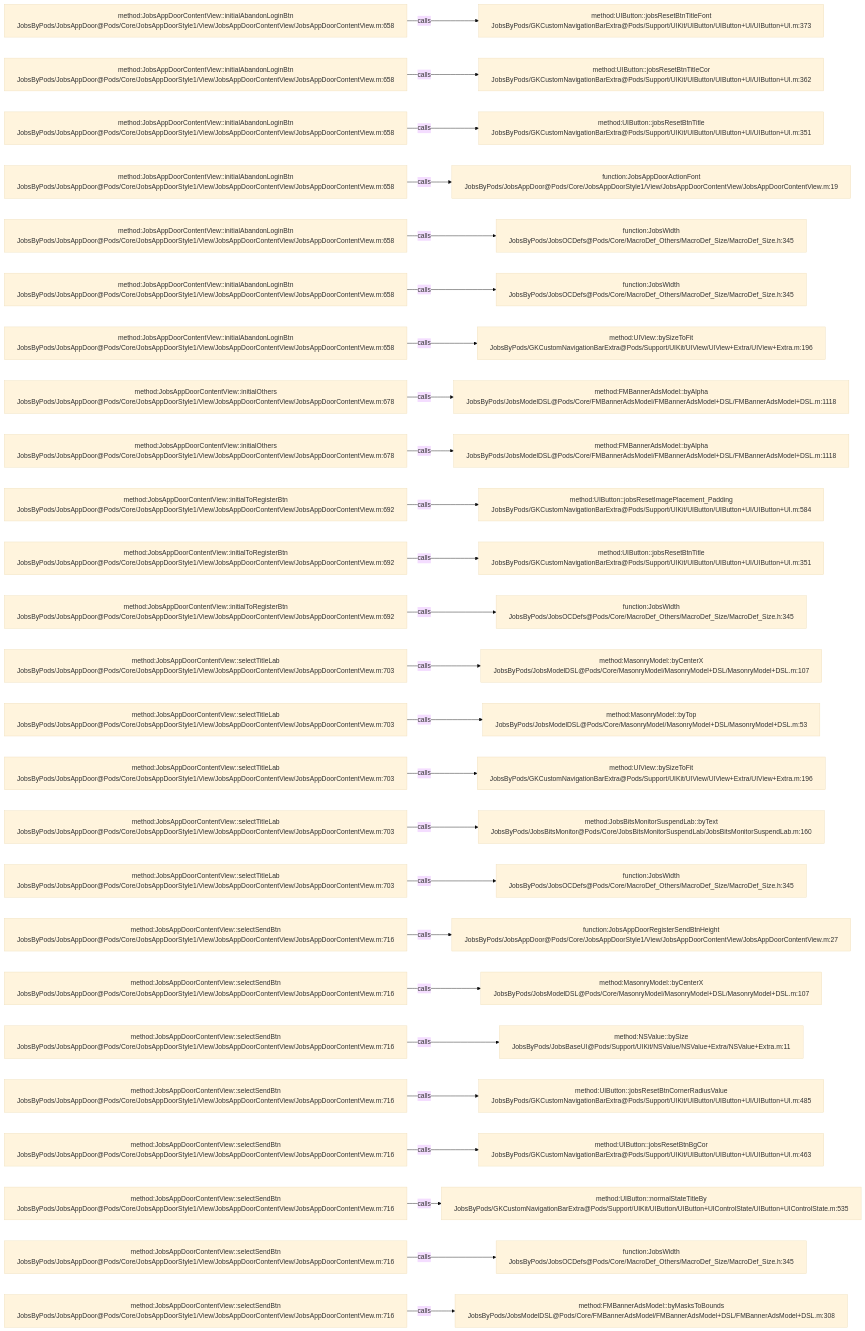
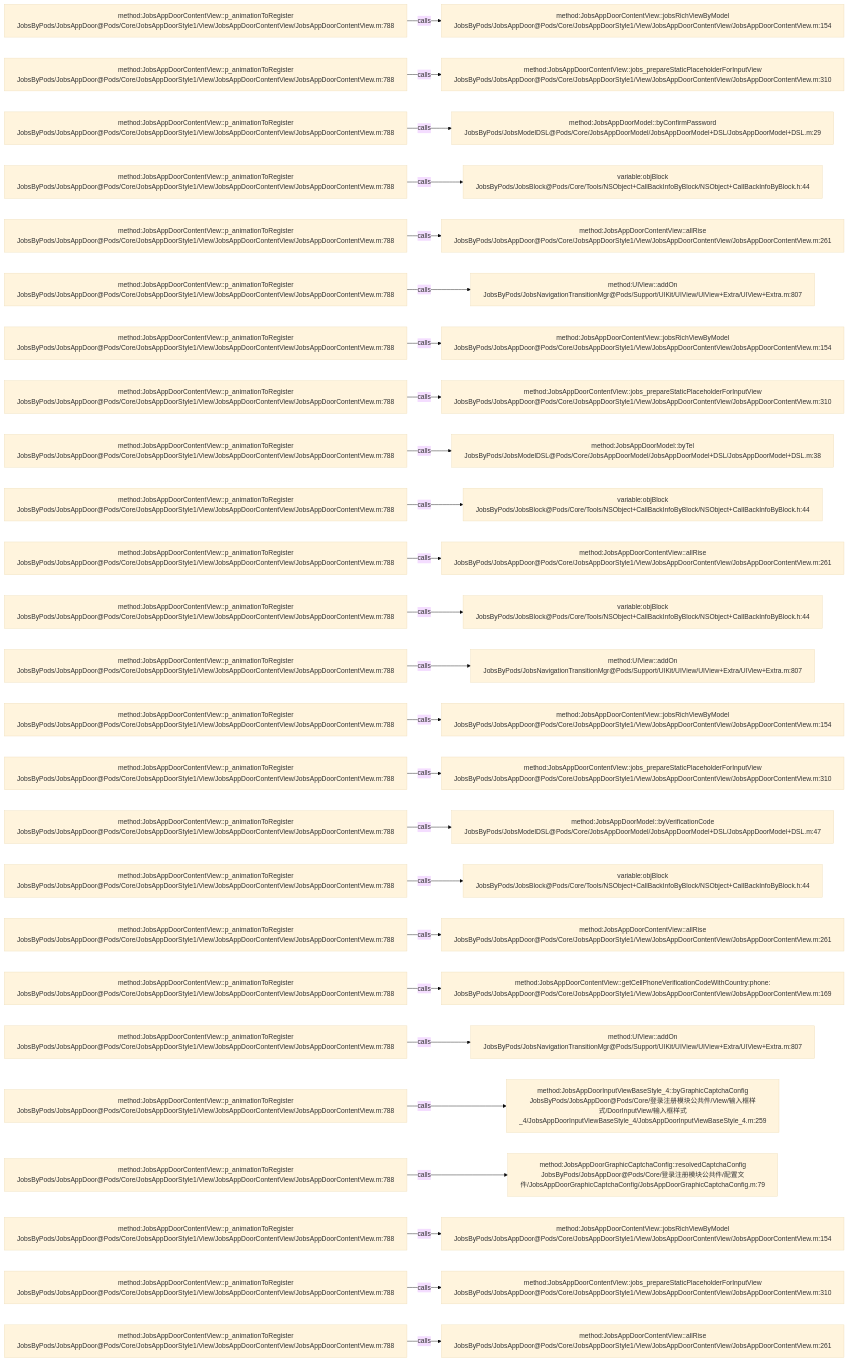
Before and after one commit to JobsKits/JobsOCBaseConfigDemo: the diagram in .codegraph/codegraph.md/graphs/calls-096.md, drawn with Mermaid (base theme). The commit also changed 223 other files, not shown here.

````diff
--- a/.codegraph/codegraph.md/graphs/calls-096.md
+++ b/.codegraph/codegraph.md/graphs/calls-096.md
@@ -13,78 +13,78 @@
 ```mermaid
 flowchart LR
-  S1["method:JobsAppDoorContentView::initialAbandonLoginBtn<br/>JobsByPods/JobsAppDoor@Pods/Core/JobsAppDoorStyle1/View/JobsAppDoorContentView/JobsAppDoorContentView.m:658"]
-  T1["method:UIButton::jobsResetBtnTitleFont<br/>JobsByPods/GKCustomNavigationBarExtra@Pods/Support/UIKit/UIButton/UIButton+UI/UIButton+UI.m:373"]
+  S1["method:JobsAppDoorContentView::p_animationToRegister<br/>JobsByPods/JobsAppDoor@Pods/Core/JobsAppDoorStyle1/View/JobsAppDoorContentView/JobsAppDoorContentView.m:788"]
+  T1["method:JobsAppDoorContentView::jobsRichViewByModel<br/>JobsByPods/JobsAppDoor@Pods/Core/JobsAppDoorStyle1/View/JobsAppDoorContentView/JobsAppDoorContentView.m:154"]
   S1 -->|calls| T1
-  S2["method:JobsAppDoorContentView::initialAbandonLoginBtn<br/>JobsByPods/JobsAppDoor@Pods/Core/JobsAppDoorStyle1/View/JobsAppDoorContentView/JobsAppDoorContentView.m:658"]
-  T2["method:UIButton::jobsResetBtnTitleCor<br/>JobsByPods/GKCustomNavigationBarExtra@Pods/Support/UIKit/UIButton/UIButton+UI/UIButton+UI.m:362"]
+  S2["method:JobsAppDoorContentView::p_animationToRegister<br/>JobsByPods/JobsAppDoor@Pods/Core/JobsAppDoorStyle1/View/JobsAppDoorContentView/JobsAppDoorContentView.m:788"]
+  T2["method:JobsAppDoorContentView::jobs_prepareStaticPlaceholderForInputView<br/>JobsByPods/JobsAppDoor@Pods/Core/JobsAppDoorStyle1/View/JobsAppDoorContentView/JobsAppDoorContentView.m:310"]
   S2 -->|calls| T2
-  S3["method:JobsAppDoorContentView::initialAbandonLoginBtn<br/>JobsByPods/JobsAppDoor@Pods/Core/JobsAppDoorStyle1/View/JobsAppDoorContentView/JobsAppDoorContentView.m:658"]
-  T3["method:UIButton::jobsResetBtnTitle<br/>JobsByPods/GKCustomNavigationBarExtra@Pods/Support/UIKit/UIButton/UIButton+UI/UIButton+UI.m:351"]
+  S3["method:JobsAppDoorContentView::p_animationToRegister<br/>JobsByPods/JobsAppDoor@Pods/Core/JobsAppDoorStyle1/View/JobsAppDoorContentView/JobsAppDoorContentView.m:788"]
+  T3["method:JobsAppDoorModel::byConfirmPassword<br/>JobsByPods/JobsModelDSL@Pods/Core/JobsAppDoorModel/JobsAppDoorModel+DSL/JobsAppDoorModel+DSL.m:29"]
   S3 -->|calls| T3
-  S4["method:JobsAppDoorContentView::initialAbandonLoginBtn<br/>JobsByPods/JobsAppDoor@Pods/Core/JobsAppDoorStyle1/View/JobsAppDoorContentView/JobsAppDoorContentView.m:658"]
-  T4["function:JobsAppDoorActionFont<br/>JobsByPods/JobsAppDoor@Pods/Core/JobsAppDoorStyle1/View/JobsAppDoorContentView/JobsAppDoorContentView.m:19"]
+  S4["method:JobsAppDoorContentView::p_animationToRegister<br/>JobsByPods/JobsAppDoor@Pods/Core/JobsAppDoorStyle1/View/JobsAppDoorContentView/JobsAppDoorContentView.m:788"]
+  T4["variable:objBlock<br/>JobsByPods/JobsBlock@Pods/Core/Tools/NSObject+CallBackInfoByBlock/NSObject+CallBackInfoByBlock.h:44"]
   S4 -->|calls| T4
-  S5["method:JobsAppDoorContentView::initialAbandonLoginBtn<br/>JobsByPods/JobsAppDoor@Pods/Core/JobsAppDoorStyle1/View/JobsAppDoorContentView/JobsAppDoorContentView.m:658"]
-  T5["function:JobsWidth<br/>JobsByPods/JobsOCDefs@Pods/Core/MacroDef_Others/MacroDef_Size/MacroDef_Size.h:345"]
+  S5["method:JobsAppDoorContentView::p_animationToRegister<br/>JobsByPods/JobsAppDoor@Pods/Core/JobsAppDoorStyle1/View/JobsAppDoorContentView/JobsAppDoorContentView.m:788"]
+  T5["method:JobsAppDoorContentView::allRise<br/>JobsByPods/JobsAppDoor@Pods/Core/JobsAppDoorStyle1/View/JobsAppDoorContentView/JobsAppDoorContentView.m:261"]
   S5 -->|calls| T5
-  S6["method:JobsAppDoorContentView::initialAbandonLoginBtn<br/>JobsByPods/JobsAppDoor@Pods/Core/JobsAppDoorStyle1/View/JobsAppDoorContentView/JobsAppDoorContentView.m:658"]
-  T6["function:JobsWidth<br/>JobsByPods/JobsOCDefs@Pods/Core/MacroDef_Others/MacroDef_Size/MacroDef_Size.h:345"]
+  S6["method:JobsAppDoorContentView::p_animationToRegister<br/>JobsByPods/JobsAppDoor@Pods/Core/JobsAppDoorStyle1/View/JobsAppDoorContentView/JobsAppDoorContentView.m:788"]
+  T6["method:UIView::addOn<br/>JobsByPods/JobsNavigationTransitionMgr@Pods/Support/UIKit/UIView/UIView+Extra/UIView+Extra.m:807"]
   S6 -->|calls| T6
-  S7["method:JobsAppDoorContentView::initialAbandonLoginBtn<br/>JobsByPods/JobsAppDoor@Pods/Core/JobsAppDoorStyle1/View/JobsAppDoorContentView/JobsAppDoorContentView.m:658"]
-  T7["method:UIView::bySizeToFit<br/>JobsByPods/GKCustomNavigationBarExtra@Pods/Support/UIKit/UIView/UIView+Extra/UIView+Extra.m:196"]
+  S7["method:JobsAppDoorContentView::p_animationToRegister<br/>JobsByPods/JobsAppDoor@Pods/Core/JobsAppDoorStyle1/View/JobsAppDoorContentView/JobsAppDoorContentView.m:788"]
+  T7["method:JobsAppDoorContentView::jobsRichViewByModel<br/>JobsByPods/JobsAppDoor@Pods/Core/JobsAppDoorStyle1/View/JobsAppDoorContentView/JobsAppDoorContentView.m:154"]
   S7 -->|calls| T7
-  S8["method:JobsAppDoorContentView::initialOthers<br/>JobsByPods/JobsAppDoor@Pods/Core/JobsAppDoorStyle1/View/JobsAppDoorContentView/JobsAppDoorContentView.m:678"]
-  T8["method:FMBannerAdsModel::byAlpha<br/>JobsByPods/JobsModelDSL@Pods/Core/FMBannerAdsModel/FMBannerAdsModel+DSL/FMBannerAdsModel+DSL.m:1118"]
+  S8["method:JobsAppDoorContentView::p_animationToRegister<br/>JobsByPods/JobsAppDoor@Pods/Core/JobsAppDoorStyle1/View/JobsAppDoorContentView/JobsAppDoorContentView.m:788"]
+  T8["method:JobsAppDoorContentView::jobs_prepareStaticPlaceholderForInputView<br/>JobsByPods/JobsAppDoor@Pods/Core/JobsAppDoorStyle1/View/JobsAppDoorContentView/JobsAppDoorContentView.m:310"]
   S8 -->|calls| T8
-  S9["method:JobsAppDoorContentView::initialOthers<br/>JobsByPods/JobsAppDoor@Pods/Core/JobsAppDoorStyle1/View/JobsAppDoorContentView/JobsAppDoorContentView.m:678"]
-  T9["method:FMBannerAdsModel::byAlpha<br/>JobsByPods/JobsModelDSL@Pods/Core/FMBannerAdsModel/FMBannerAdsModel+DSL/FMBannerAdsModel+DSL.m:1118"]
+  S9["method:JobsAppDoorContentView::p_animationToRegister<br/>JobsByPods/JobsAppDoor@Pods/Core/JobsAppDoorStyle1/View/JobsAppDoorContentView/JobsAppDoorContentView.m:788"]
+  T9["method:JobsAppDoorModel::byTel<br/>JobsByPods/JobsModelDSL@Pods/Core/JobsAppDoorModel/JobsAppDoorModel+DSL/JobsAppDoorModel+DSL.m:38"]
   S9 -->|calls| T9
-  S10["method:JobsAppDoorContentView::initialToRegisterBtn<br/>JobsByPods/JobsAppDoor@Pods/Core/JobsAppDoorStyle1/View/JobsAppDoorContentView/JobsAppDoorContentView.m:692"]
-  T10["method:UIButton::jobsResetImagePlacement_Padding<br/>JobsByPods/GKCustomNavigationBarExtra@Pods/Support/UIKit/UIButton/UIButton+UI/UIButton+UI.m:584"]
+  S10["method:JobsAppDoorContentView::p_animationToRegister<br/>JobsByPods/JobsAppDoor@Pods/Core/JobsAppDoorStyle1/View/JobsAppDoorContentView/JobsAppDoorContentView.m:788"]
+  T10["variable:objBlock<br/>JobsByPods/JobsBlock@Pods/Core/Tools/NSObject+CallBackInfoByBlock/NSObject+CallBackInfoByBlock.h:44"]
   S10 -->|calls| T10
-  S11["method:JobsAppDoorContentView::initialToRegisterBtn<br/>JobsByPods/JobsAppDoor@Pods/Core/JobsAppDoorStyle1/View/JobsAppDoorContentView/JobsAppDoorContentView.m:692"]
-  T11["method:UIButton::jobsResetBtnTitle<br/>JobsByPods/GKCustomNavigationBarExtra@Pods/Support/UIKit/UIButton/UIButton+UI/UIButton+UI.m:351"]
+  S11["method:JobsAppDoorContentView::p_animationToRegister<br/>JobsByPods/JobsAppDoor@Pods/Core/JobsAppDoorStyle1/View/JobsAppDoorContentView/JobsAppDoorContentView.m:788"]
+  T11["method:JobsAppDoorContentView::allRise<br/>JobsByPods/JobsAppDoor@Pods/Core/JobsAppDoorStyle1/View/JobsAppDoorContentView/JobsAppDoorContentView.m:261"]
   S11 -->|calls| T11
-  S12["method:JobsAppDoorContentView::initialToRegisterBtn<br/>JobsByPods/JobsAppDoor@Pods/Core/JobsAppDoorStyle1/View/JobsAppDoorContentView/JobsAppDoorContentView.m:692"]
-  T12["function:JobsWidth<br/>JobsByPods/JobsOCDefs@Pods/Core/MacroDef_Others/MacroDef_Size/MacroDef_Size.h:345"]
+  S12["method:JobsAppDoorContentView::p_animationToRegister<br/>JobsByPods/JobsAppDoor@Pods/Core/JobsAppDoorStyle1/View/JobsAppDoorContentView/JobsAppDoorContentView.m:788"]
+  T12["variable:objBlock<br/>JobsByPods/JobsBlock@Pods/Core/Tools/NSObject+CallBackInfoByBlock/NSObject+CallBackInfoByBlock.h:44"]
   S12 -->|calls| T12
-  S13["method:JobsAppDoorContentView::selectTitleLab<br/>JobsByPods/JobsAppDoor@Pods/Core/JobsAppDoorStyle1/View/JobsAppDoorContentView/JobsAppDoorContentView.m:703"]
-  T13["method:MasonryModel::byCenterX<br/>JobsByPods/JobsModelDSL@Pods/Core/MasonryModel/MasonryModel+DSL/MasonryModel+DSL.m:107"]
+  S13["method:JobsAppDoorContentView::p_animationToRegister<br/>JobsByPods/JobsAppDoor@Pods/Core/JobsAppDoorStyle1/View/JobsAppDoorContentView/JobsAppDoorContentView.m:788"]
+  T13["method:UIView::addOn<br/>JobsByPods/JobsNavigationTransitionMgr@Pods/Support/UIKit/UIView/UIView+Extra/UIView+Extra.m:807"]
   S13 -->|calls| T13
-  S14["method:JobsAppDoorContentView::selectTitleLab<br/>JobsByPods/JobsAppDoor@Pods/Core/JobsAppDoorStyle1/View/JobsAppDoorContentView/JobsAppDoorContentView.m:703"]
-  T14["method:MasonryModel::byTop<br/>JobsByPods/JobsModelDSL@Pods/Core/MasonryModel/MasonryModel+DSL/MasonryModel+DSL.m:53"]
+  S14["method:JobsAppDoorContentView::p_animationToRegister<br/>JobsByPods/JobsAppDoor@Pods/Core/JobsAppDoorStyle1/View/JobsAppDoorContentView/JobsAppDoorContentView.m:788"]
+  T14["method:JobsAppDoorContentView::jobsRichViewByModel<br/>JobsByPods/JobsAppDoor@Pods/Core/JobsAppDoorStyle1/View/JobsAppDoorContentView/JobsAppDoorContentView.m:154"]
   S14 -->|calls| T14
-  S15["method:JobsAppDoorContentView::selectTitleLab<br/>JobsByPods/JobsAppDoor@Pods/Core/JobsAppDoorStyle1/View/JobsAppDoorContentView/JobsAppDoorContentView.m:703"]
-  T15["method:UIView::bySizeToFit<br/>JobsByPods/GKCustomNavigationBarExtra@Pods/Support/UIKit/UIView/UIView+Extra/UIView+Extra.m:196"]
+  S15["method:JobsAppDoorContentView::p_animationToRegister<br/>JobsByPods/JobsAppDoor@Pods/Core/JobsAppDoorStyle1/View/JobsAppDoorContentView/JobsAppDoorContentView.m:788"]
+  T15["method:JobsAppDoorContentView::jobs_prepareStaticPlaceholderForInputView<br/>JobsByPods/JobsAppDoor@Pods/Core/JobsAppDoorStyle1/View/JobsAppDoorContentView/JobsAppDoorContentView.m:310"]
   S15 -->|calls| T15
-  S16["method:JobsAppDoorContentView::selectTitleLab<br/>JobsByPods/JobsAppDoor@Pods/Core/JobsAppDoorStyle1/View/JobsAppDoorContentView/JobsAppDoorContentView.m:703"]
-  T16["method:JobsBitsMonitorSuspendLab::byText<br/>JobsByPods/JobsBitsMonitor@Pods/Core/JobsBitsMonitorSuspendLab/JobsBitsMonitorSuspendLab.m:160"]
+  S16["method:JobsAppDoorContentView::p_animationToRegister<br/>JobsByPods/JobsAppDoor@Pods/Core/JobsAppDoorStyle1/View/JobsAppDoorContentView/JobsAppDoorContentView.m:788"]
+  T16["method:JobsAppDoorModel::byVerificationCode<br/>JobsByPods/JobsModelDSL@Pods/Core/JobsAppDoorModel/JobsAppDoorModel+DSL/JobsAppDoorModel+DSL.m:47"]
   S16 -->|calls| T16
-  S17["method:JobsAppDoorContentView::selectTitleLab<br/>JobsByPods/JobsAppDoor@Pods/Core/JobsAppDoorStyle1/View/JobsAppDoorContentView/JobsAppDoorContentView.m:703"]
-  T17["function:JobsWidth<br/>JobsByPods/JobsOCDefs@Pods/Core/MacroDef_Others/MacroDef_Size/MacroDef_Size.h:345"]
+  S17["method:JobsAppDoorContentView::p_animationToRegister<br/>JobsByPods/JobsAppDoor@Pods/Core/JobsAppDoorStyle1/View/JobsAppDoorContentView/JobsAppDoorContentView.m:788"]
+  T17["variable:objBlock<br/>JobsByPods/JobsBlock@Pods/Core/Tools/NSObject+CallBackInfoByBlock/NSObject+CallBackInfoByBlock.h:44"]
   S17 -->|calls| T17
-  S18["method:JobsAppDoorContentView::selectSendBtn<br/>JobsByPods/JobsAppDoor@Pods/Core/JobsAppDoorStyle1/View/JobsAppDoorContentView/JobsAppDoorContentView.m:716"]
-  T18["function:JobsAppDoorRegisterSendBtnHeight<br/>JobsByPods/JobsAppDoor@Pods/Core/JobsAppDoorStyle1/View/JobsAppDoorContentView/JobsAppDoorContentView.m:27"]
+  S18["method:JobsAppDoorContentView::p_animationToRegister<br/>JobsByPods/JobsAppDoor@Pods/Core/JobsAppDoorStyle1/View/JobsAppDoorContentView/JobsAppDoorContentView.m:788"]
+  T18["method:JobsAppDoorContentView::allRise<br/>JobsByPods/JobsAppDoor@Pods/Core/JobsAppDoorStyle1/View/JobsAppDoorContentView/JobsAppDoorContentView.m:261"]
   S18 -->|calls| T18
-  S19["method:JobsAppDoorContentView::selectSendBtn<br/>JobsByPods/JobsAppDoor@Pods/Core/JobsAppDoorStyle1/View/JobsAppDoorContentView/JobsAppDoorContentView.m:716"]
-  T19["method:MasonryModel::byCenterX<br/>JobsByPods/JobsModelDSL@Pods/Core/MasonryModel/MasonryModel+DSL/MasonryModel+DSL.m:107"]
+  S19["method:JobsAppDoorContentView::p_animationToRegister<br/>JobsByPods/JobsAppDoor@Pods/Core/JobsAppDoorStyle1/View/JobsAppDoorContentView/JobsAppDoorContentView.m:788"]
+  T19["method:JobsAppDoorContentView::getCellPhoneVerificationCodeWithCountry:phone:<br/>JobsByPods/JobsAppDoor@Pods/Core/JobsAppDoorStyle1/View/JobsAppDoorContentView/JobsAppDoorContentView.m:169"]
   S19 -->|calls| T19
-  S20["method:JobsAppDoorContentView::selectSendBtn<br/>JobsByPods/JobsAppDoor@Pods/Core/JobsAppDoorStyle1/View/JobsAppDoorContentView/JobsAppDoorContentView.m:716"]
-  T20["method:NSValue::bySize<br/>JobsByPods/JobsBaseUI@Pods/Support/UIKit/NSValue/NSValue+Extra/NSValue+Extra.m:11"]
+  S20["method:JobsAppDoorContentView::p_animationToRegister<br/>JobsByPods/JobsAppDoor@Pods/Core/JobsAppDoorStyle1/View/JobsAppDoorContentView/JobsAppDoorContentView.m:788"]
+  T20["method:UIView::addOn<br/>JobsByPods/JobsNavigationTransitionMgr@Pods/Support/UIKit/UIView/UIView+Extra/UIView+Extra.m:807"]
   S20 -->|calls| T20
-  S21["method:JobsAppDoorContentView::selectSendBtn<br/>JobsByPods/JobsAppDoor@Pods/Core/JobsAppDoorStyle1/View/JobsAppDoorContentView/JobsAppDoorContentView.m:716"]
-  T21["method:UIButton::jobsResetBtnCornerRadiusValue<br/>JobsByPods/GKCustomNavigationBarExtra@Pods/Support/UIKit/UIButton/UIButton+UI/UIButton+UI.m:485"]
+  S21["method:JobsAppDoorContentView::p_animationToRegister<br/>JobsByPods/JobsAppDoor@Pods/Core/JobsAppDoorStyle1/View/JobsAppDoorContentView/JobsAppDoorContentView.m:788"]
+  T21["method:JobsAppDoorInputViewBaseStyle_4::byGraphicCaptchaConfig<br/>JobsByPods/JobsAppDoor@Pods/Core/登录注册模块公共件/View/输入框样式/DoorInputView/输入框样式_4/JobsAppDoorInputViewBaseStyle_4/JobsAppDoorInputViewBaseStyle_4.m:259"]
   S21 -->|calls| T21
-  S22["method:JobsAppDoorContentView::selectSendBtn<br/>JobsByPods/JobsAppDoor@Pods/Core/JobsAppDoorStyle1/View/JobsAppDoorContentView/JobsAppDoorContentView.m:716"]
-  T22["method:UIButton::jobsResetBtnBgCor<br/>JobsByPods/GKCustomNavigationBarExtra@Pods/Support/UIKit/UIButton/UIButton+UI/UIButton+UI.m:463"]
+  S22["method:JobsAppDoorContentView::p_animationToRegister<br/>JobsByPods/JobsAppDoor@Pods/Core/JobsAppDoorStyle1/View/JobsAppDoorContentView/JobsAppDoorContentView.m:788"]
+  T22["method:JobsAppDoorGraphicCaptchaConfig::resolvedCaptchaConfig<br/>JobsByPods/JobsAppDoor@Pods/Core/登录注册模块公共件/配置文件/JobsAppDoorGraphicCaptchaConfig/JobsAppDoorGraphicCaptchaConfig.m:79"]
   S22 -->|calls| T22
-  S23["method:JobsAppDoorContentView::selectSendBtn<br/>JobsByPods/JobsAppDoor@Pods/Core/JobsAppDoorStyle1/View/JobsAppDoorContentView/JobsAppDoorContentView.m:716"]
-  T23["method:UIButton::normalStateTitleBy<br/>JobsByPods/GKCustomNavigationBarExtra@Pods/Support/UIKit/UIButton/UIButton+UIControlState/UIButton+UIControlState.m:535"]
+  S23["method:JobsAppDoorContentView::p_animationToRegister<br/>JobsByPods/JobsAppDoor@Pods/Core/JobsAppDoorStyle1/View/JobsAppDoorContentView/JobsAppDoorContentView.m:788"]
+  T23["method:JobsAppDoorContentView::jobsRichViewByModel<br/>JobsByPods/JobsAppDoor@Pods/Core/JobsAppDoorStyle1/View/JobsAppDoorContentView/JobsAppDoorContentView.m:154"]
   S23 -->|calls| T23
-  S24["method:JobsAppDoorContentView::selectSendBtn<br/>JobsByPods/JobsAppDoor@Pods/Core/JobsAppDoorStyle1/View/JobsAppDoorContentView/JobsAppDoorContentView.m:716"]
-  T24["function:JobsWidth<br/>JobsByPods/JobsOCDefs@Pods/Core/MacroDef_Others/MacroDef_Size/MacroDef_Size.h:345"]
+  S24["method:JobsAppDoorContentView::p_animationToRegister<br/>JobsByPods/JobsAppDoor@Pods/Core/JobsAppDoorStyle1/View/JobsAppDoorContentView/JobsAppDoorContentView.m:788"]
+  T24["method:JobsAppDoorContentView::jobs_prepareStaticPlaceholderForInputView<br/>JobsByPods/JobsAppDoor@Pods/Core/JobsAppDoorStyle1/View/JobsAppDoorContentView/JobsAppDoorContentView.m:310"]
   S24 -->|calls| T24
-  S25["method:JobsAppDoorContentView::selectSendBtn<br/>JobsByPods/JobsAppDoor@Pods/Core/JobsAppDoorStyle1/View/JobsAppDoorContentView/JobsAppDoorContentView.m:716"]
-  T25["method:FMBannerAdsModel::byMasksToBounds<br/>JobsByPods/JobsModelDSL@Pods/Core/FMBannerAdsModel/FMBannerAdsModel+DSL/FMBannerAdsModel+DSL.m:308"]
+  S25["method:JobsAppDoorContentView::p_animationToRegister<br/>JobsByPods/JobsAppDoor@Pods/Core/JobsAppDoorStyle1/View/JobsAppDoorContentView/JobsAppDoorContentView.m:788"]
+  T25["method:JobsAppDoorContentView::allRise<br/>JobsByPods/JobsAppDoor@Pods/Core/JobsAppDoorStyle1/View/JobsAppDoorContentView/JobsAppDoorContentView.m:261"]
   S25 -->|calls| T25
 ```
````
